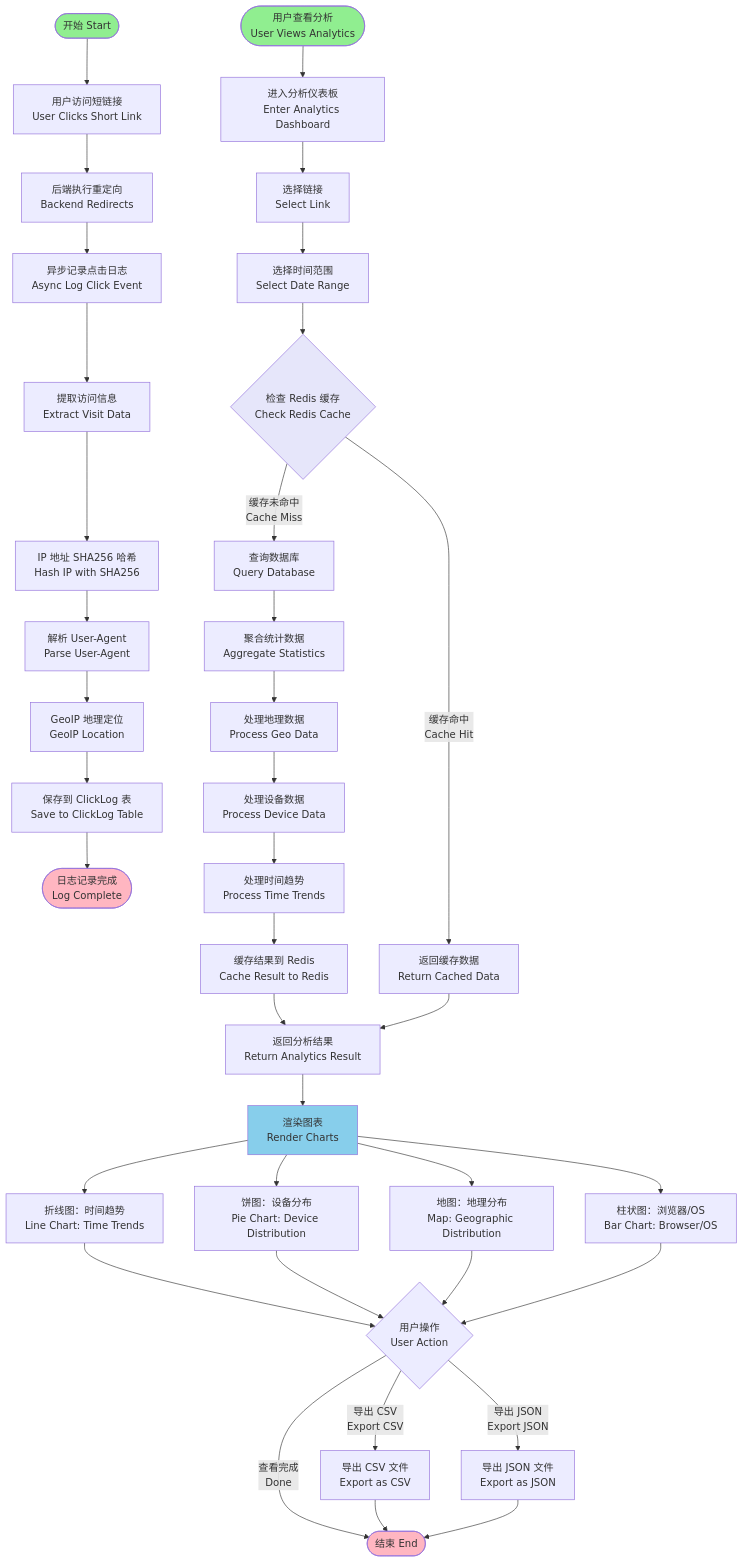
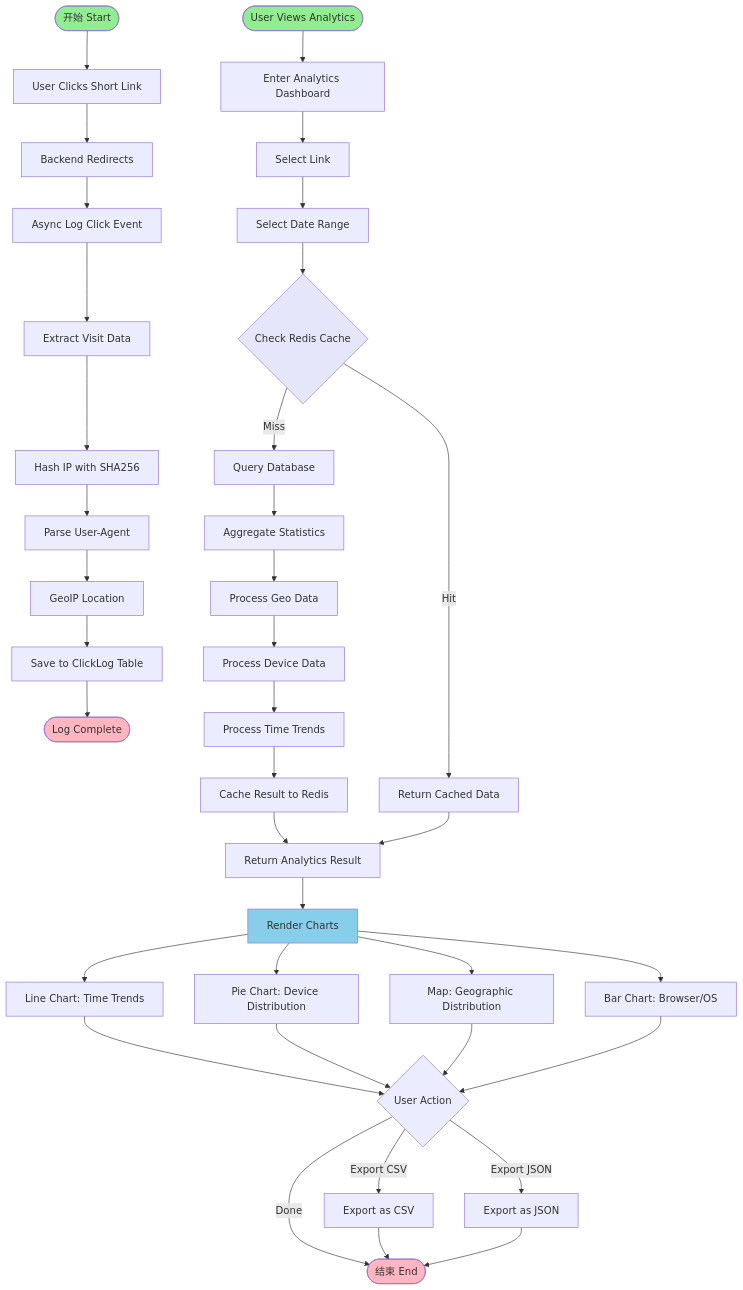
One commit to BugUniversity-2024/2025-ITSE-Shortlinker changed the diagram in docs/WhitePaper/diagrams/Picture_2-10_Analytics_Flow.md. Above: the diagram before and after it, drawn with Mermaid. The commit also changed other lines of this file and 27 other files, not shown here.

````diff
--- a/docs/WhitePaper/diagrams/Picture_2-10_Analytics_Flow.md
+++ b/docs/WhitePaper/diagrams/Picture_2-10_Analytics_Flow.md
@@ -4,55 +4,55 @@
 ```mermaid
 flowchart TD
-    Start([开始 Start]) --> UserClick[用户访问短链接<br>User Clicks Short Link]
-    UserClick --> Redirect[后端执行重定向<br>Backend Redirects]
-    Redirect --> AsyncLog[异步记录点击日志<br>Async Log Click Event]
+    Start([开始 Start]) --> UserClick[User Clicks Short Link]
+    UserClick --> Redirect[Backend Redirects]
+    Redirect --> AsyncLog[Async Log Click Event]
 
-    AsyncLog --> ExtractData[提取访问信息<br>Extract Visit Data]
-    ExtractData --> HashIP[IP 地址 SHA256 哈希<br>Hash IP with SHA256]
-    HashIP --> ParseUA[解析 User-Agent<br>Parse User-Agent]
-    ParseUA --> GeoIP[GeoIP 地理定位<br>GeoIP Location]
-    GeoIP --> SaveLog[保存到 ClickLog 表<br>Save to ClickLog Table]
-    SaveLog --> LogEnd([日志记录完成<br>Log Complete])
+    AsyncLog --> ExtractData[Extract Visit Data]
+    ExtractData --> HashIP[Hash IP with SHA256]
+    HashIP --> ParseUA[Parse User-Agent]
+    ParseUA --> GeoIP[GeoIP Location]
+    GeoIP --> SaveLog[Save to ClickLog Table]
+    SaveLog --> LogEnd([Log Complete])
 
-    Start2([用户查看分析<br>User Views Analytics]) --> Dashboard[进入分析仪表板<br>Enter Analytics Dashboard]
-    Dashboard --> SelectLink[选择链接<br>Select Link]
-    SelectLink --> SelectRange[选择时间范围<br>Select Date Range]
-    SelectRange --> CheckCache{检查 Redis 缓存<br>Check Redis Cache}
+    Start2([User Views Analytics]) --> Dashboard[Enter Analytics Dashboard]
+    Dashboard --> SelectLink[Select Link]
+    SelectLink --> SelectRange[Select Date Range]
+    SelectRange --> CheckCache{Check Redis Cache}
 
-    CheckCache -->|缓存命中<br>Cache Hit| ReturnCache[返回缓存数据<br>Return Cached Data]
-    CheckCache -->|缓存未命中<br>Cache Miss| QueryDB[查询数据库<br>Query Database]
+    CheckCache -->|Hit| ReturnCache[Return Cached Data]
+    CheckCache -->|Miss| QueryDB[Query Database]
 
-    QueryDB --> AggregateData[聚合统计数据<br>Aggregate Statistics]
-    AggregateData --> ProcessGeo[处理地理数据<br>Process Geo Data]
-    ProcessGeo --> ProcessDevice[处理设备数据<br>Process Device Data]
-    ProcessDevice --> ProcessTime[处理时间趋势<br>Process Time Trends]
-    ProcessTime --> CacheResult[缓存结果到 Redis<br>Cache Result to Redis]
+    QueryDB --> AggregateData[Aggregate Statistics]
+    AggregateData --> ProcessGeo[Process Geo Data]
+    ProcessGeo --> ProcessDevice[Process Device Data]
+    ProcessDevice --> ProcessTime[Process Time Trends]
+    ProcessTime --> CacheResult[Cache Result to Redis]
     CacheResult --> ReturnResult
 
-    ReturnCache --> ReturnResult[返回分析结果<br>Return Analytics Result]
-    ReturnResult --> RenderCharts[渲染图表<br>Render Charts]
+    ReturnCache --> ReturnResult[Return Analytics Result]
+    ReturnResult --> RenderCharts[Render Charts]
 
-    RenderCharts --> ShowLineChart[折线图：时间趋势<br>Line Chart: Time Trends]
-    RenderCharts --> ShowPieChart[饼图：设备分布<br>Pie Chart: Device Distribution]
-    RenderCharts --> ShowMapChart[地图：地理分布<br>Map: Geographic Distribution]
-    RenderCharts --> ShowBarChart[柱状图：浏览器/OS<br>Bar Chart: Browser/OS]
+    RenderCharts --> ShowLineChart[Line Chart: Time Trends]
+    RenderCharts --> ShowPieChart[Pie Chart: Device Distribution]
+    RenderCharts --> ShowMapChart[Map: Geographic Distribution]
+    RenderCharts --> ShowBarChart[Bar Chart: Browser/OS]
 
-    ShowLineChart --> UserExport{用户操作<br>User Action}
+    ShowLineChart --> UserExport{User Action}
     ShowPieChart --> UserExport
     ShowMapChart --> UserExport
     ShowBarChart --> UserExport
 
-    UserExport -->|导出 CSV<br>Export CSV| ExportCSV[导出 CSV 文件<br>Export as CSV]
-    UserExport -->|导出 JSON<br>Export JSON| ExportJSON[导出 JSON 文件<br>Export as JSON]
-    UserExport -->|查看完成<br>Done| End
+    UserExport -->|Export CSV| ExportCSV[Export as CSV]
+    UserExport -->|Export JSON| ExportJSON[Export as JSON]
+    UserExport -->|Done|End
 
     ExportCSV --> End([结束 End])
     ExportJSON --> End
 
     style Start fill:#90EE90
     style Start2 fill:#90EE90
     style End fill:#FFB6C1
     style LogEnd fill:#FFB6C1
     style CheckCache fill:#E6E6FA
     style RenderCharts fill:#87CEEB
 ```
````
